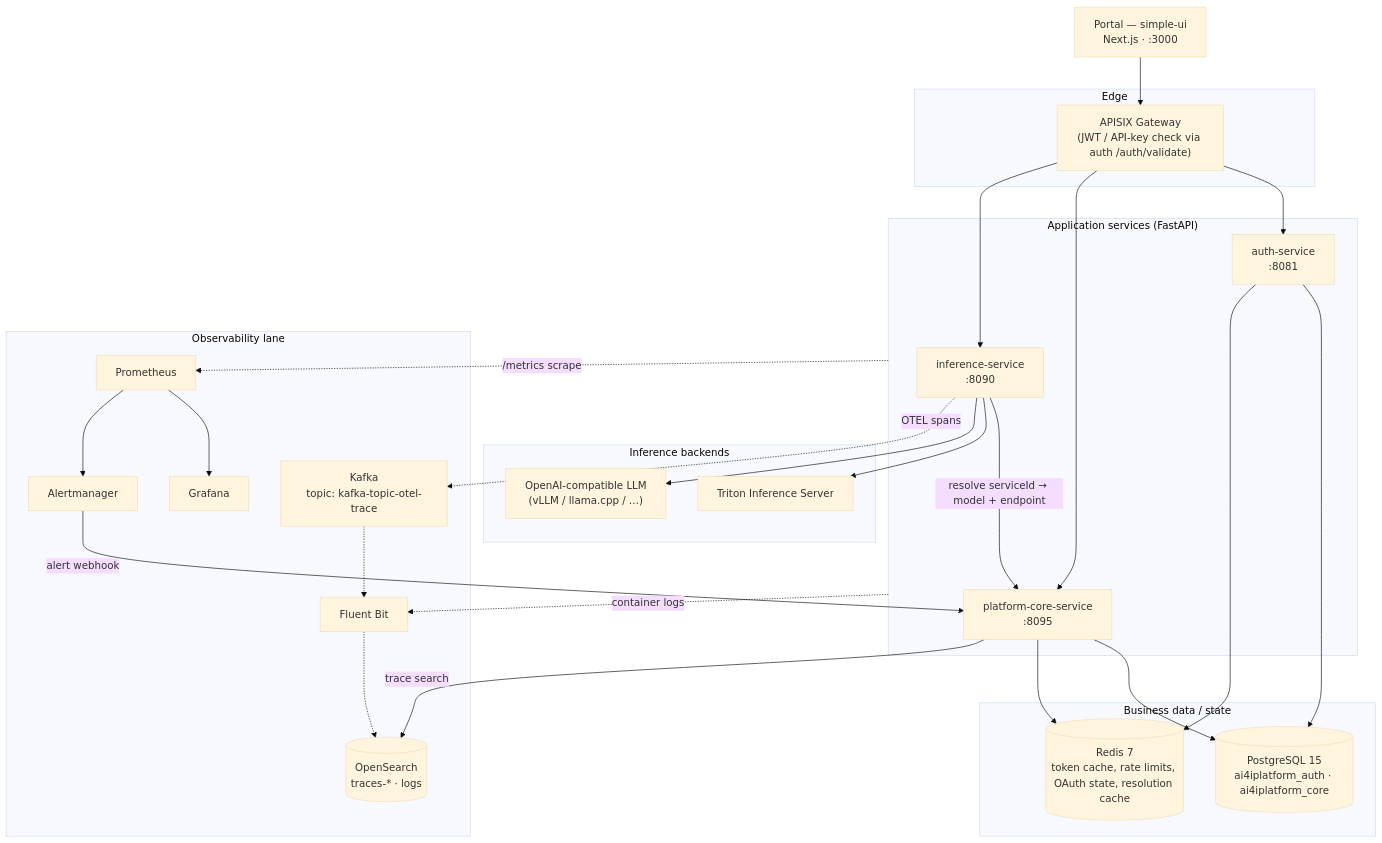
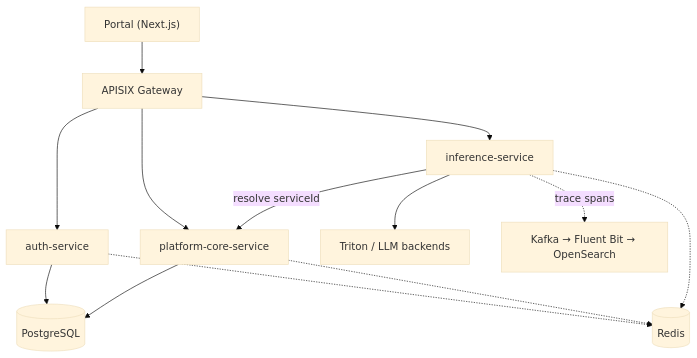
The first of 2 diagrams in docs/architecture/00-overview.md (COSS-India/ai4i-core), drawn with Mermaid (base theme) before and after one commit. The commit also changed other lines of this file, not shown here.

Commit message:
docs: simplify the overview system diagram
Collapse the dense 6-subgraph system flowchart to a focused request-path
diagram (Portal -> APISIX -> services -> Postgres/Redis, inference -> core +
backends, telemetry collapsed to Kafka -> Fluent Bit -> OpenSearch). Metrics/
alerts moved to a prose note + the infrastructure inventory table.

````diff
--- a/docs/architecture/00-overview.md
+++ b/docs/architecture/00-overview.md
@@ -20,57 +20,19 @@
 ```mermaid
 flowchart TB
-    Portal["Portal — simple-ui<br/>Next.js · :3000"]
+    Portal["Portal (Next.js)"] --> GW["APISIX Gateway"]
 
-    subgraph Edge["Edge"]
-        GW["APISIX Gateway<br/>(JWT / API-key check via auth /auth/validate)"]
-    end
+    GW --> AUTH["auth-service"]
+    GW --> CORE["platform-core-service"]
+    GW --> INF["inference-service"]
 
-    subgraph Services["Application services (FastAPI)"]
-        AUTH["auth-service<br/>:8081"]
-        CORE["platform-core-service<br/>:8095"]
-        INF["inference-service<br/>:8090"]
-    end
+    AUTH --> PG[("PostgreSQL")]
+    CORE --> PG
+    AUTH -.-> REDIS[("Redis")]
+    CORE -.-> REDIS
+    INF -.-> REDIS
 
-    subgraph Backends["Inference backends"]
-        TRITON["Triton Inference Server"]
-        LLM["OpenAI-compatible LLM<br/>(vLLM / llama.cpp / …)"]
-    end
+    INF -- "resolve serviceId" --> CORE
+    INF --> BK["Triton / LLM backends"]
 
-    subgraph Data["Business data / state"]
-        PG[("PostgreSQL 15<br/>ai4iplatform_auth · ai4iplatform_core")]
-        REDIS[("Redis 7<br/>token cache, rate limits, OAuth state, resolution cache")]
-    end
-
-    subgraph Telemetry["Observability lane"]
-        KAFKA["Kafka<br/>topic: kafka-topic-otel-trace"]
-        FB["Fluent Bit"]
-        OS[("OpenSearch<br/>traces-* · logs")]
-        PROM["Prometheus"]
-        GRAF["Grafana"]
-        AM["Alertmanager"]
-    end
-
-    Portal --> GW
-    GW --> AUTH
-    GW --> CORE
-    GW --> INF
-
-    AUTH --> PG
-    AUTH --> REDIS
-    CORE --> PG
-    CORE --> REDIS
-
-    INF -- "resolve serviceId → model + endpoint" --> CORE
-    INF --> TRITON
-    INF --> LLM
-
-    INF -. "OTEL spans" .-> KAFKA
-    KAFKA -.-> FB
-    FB -.-> OS
-    Services -. "container logs" .-> FB
-    Services -. "/metrics scrape" .-> PROM
-    PROM --> GRAF
-    PROM --> AM
-    CORE -- "trace search" --> OS
-    AM -- "alert webhook" --> CORE
+    INF -. "trace spans" .-> OBS["Kafka → Fluent Bit → OpenSearch"]
 ```
````
